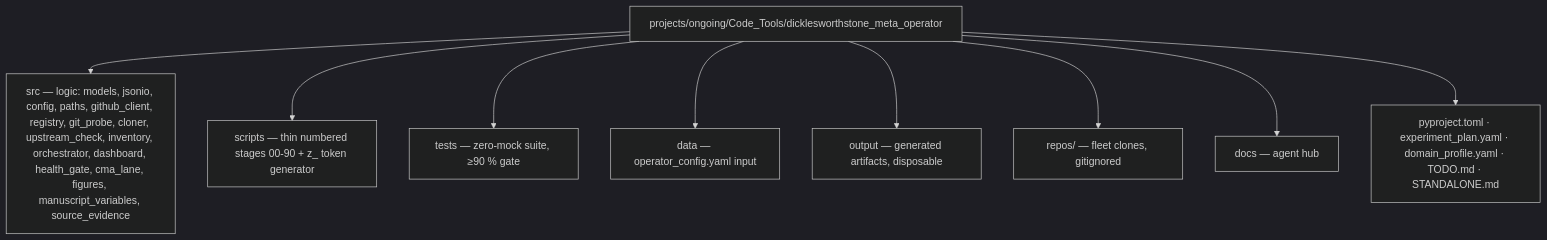
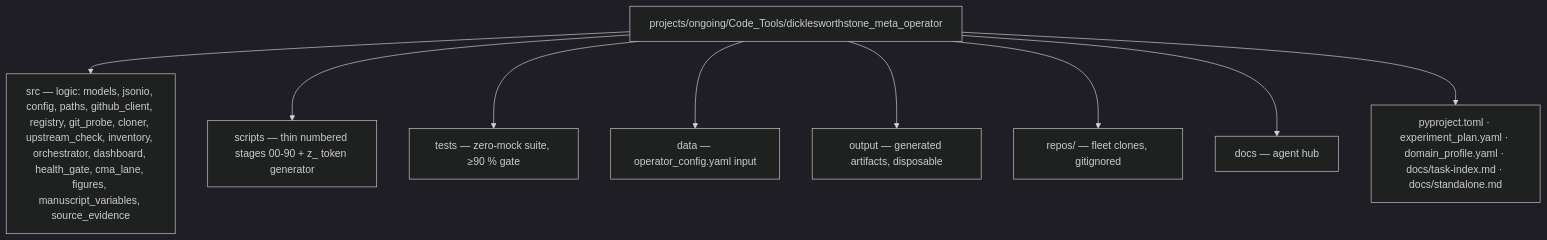
One commit to docxology/dicklesworthstone_meta_operator changed the diagram in AGENTS.md. Above: the diagram before and after it, drawn with Mermaid (dark theme). The commit also changed 31 other files, not shown here.

````diff
--- a/AGENTS.md
+++ b/AGENTS.md
@@ -60,12 +60,12 @@
 ```mermaid
 flowchart TB
     P[projects/ongoing/Code_Tools/dicklesworthstone_meta_operator]
     P --> SRC[src — logic: models, jsonio, config, paths, github_client, registry, git_probe, cloner, upstream_check, inventory, orchestrator, dashboard, health_gate, cma_lane, figures, manuscript_variables, source_evidence]
     P --> SC[scripts — thin numbered stages 00-90 + z_ token generator]
     P --> T[tests — zero-mock suite, ≥90 % gate]
     P --> D[data — operator_config.yaml input]
     P --> OUT[output — generated artifacts, disposable]
     P --> R[repos/ — fleet clones, gitignored]
     P --> DOCS[docs — agent hub]
-    P --> CFG[pyproject.toml · experiment_plan.yaml · domain_profile.yaml · TODO.md · STANDALONE.md]
+    P --> CFG[pyproject.toml · experiment_plan.yaml · domain_profile.yaml · docs/task-index.md · docs/standalone.md]
 ```
````
